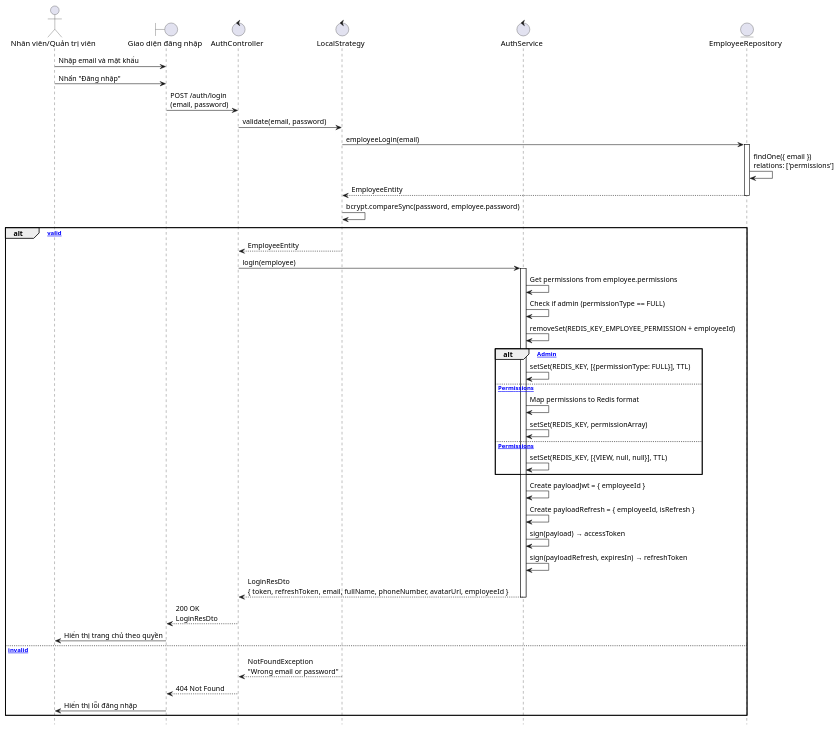
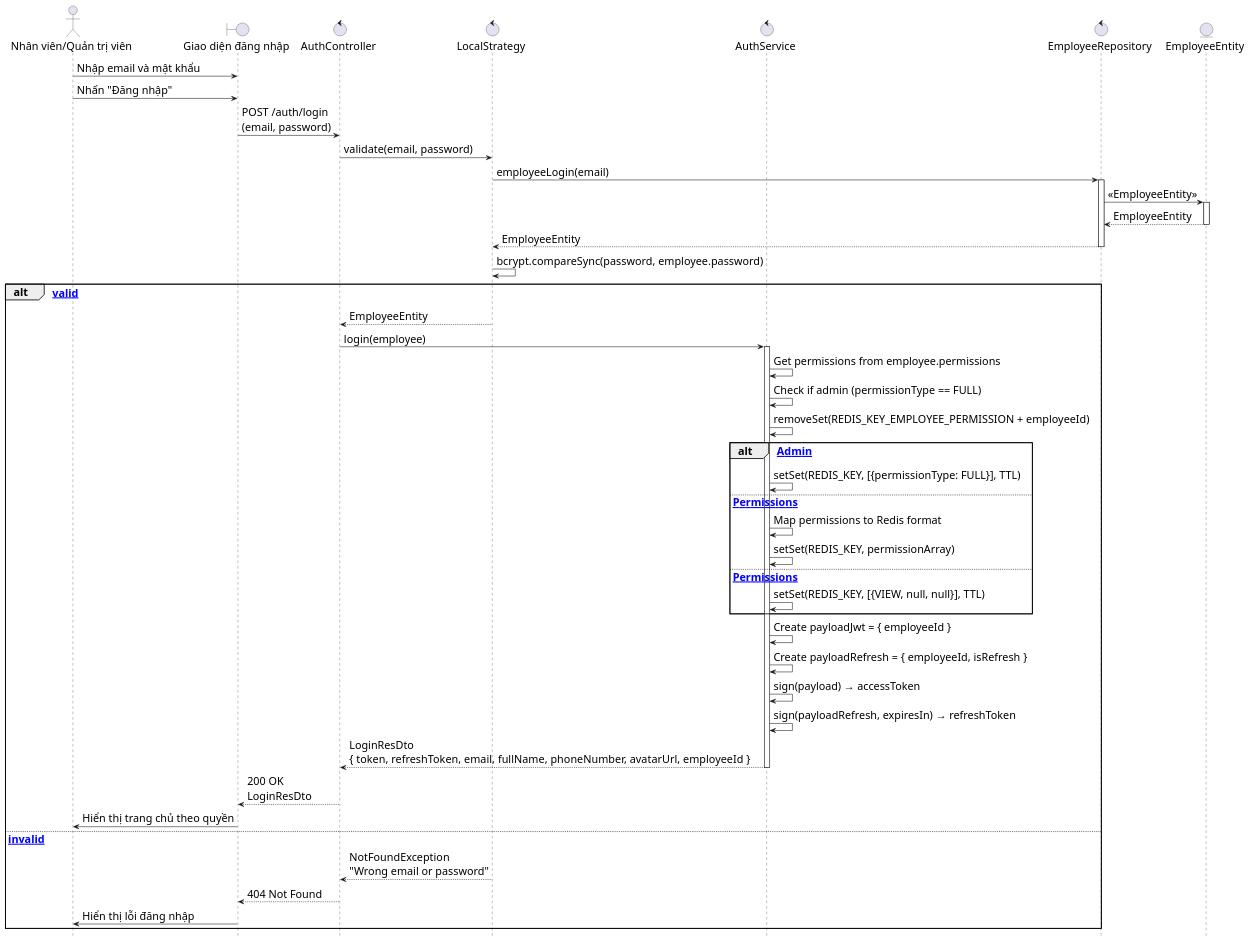
The diagram in sequence/UC-01/UC-01-simple-sequence.wsd (felix-253/TechLeet-server), drawn with PlantUML before and after one commit. The commit also changed 33 other files, not shown here.

```diff
--- a/sequence/UC-01/UC-01-simple-sequence.wsd
+++ b/sequence/UC-01/UC-01-simple-sequence.wsd
@@ -1,62 +1,75 @@
 @startuml UC-01: Đăng nhập hệ thống
 hide footbox
 skinparam ParticipantPadding 10
 skinparam BoxPadding 5
+
+
+
+' --- CẤU HÌNH FONT SIZE 20 ---
+skinparam DefaultFontSize 20
+skinparam ActorFontSize 20
+skinparam ArrowFontSize 20
+skinparam NoteFontSize 28
+' ----------------------------
 
 actor "Nhân viên/Quản trị viên" as User
 boundary "Giao diện đăng nhập" as LoginUI
 control "AuthController" as AuthController
 control "LocalStrategy" as LocalStrategy
 control "AuthService" as AuthService
-entity "EmployeeRepository" as EmployeeRepo
+control "EmployeeRepository" as EmployeeRepo
+entity "EmployeeEntity" as EmployeeEntity
 
 User -> LoginUI: Nhập email và mật khẩu
 User -> LoginUI: Nhấn "Đăng nhập"
 
 LoginUI -> AuthController: POST /auth/login\n(email, password)
 
 AuthController -> LocalStrategy: validate(email, password)
 
 LocalStrategy -> EmployeeRepo: employeeLogin(email)
 activate EmployeeRepo
-EmployeeRepo -> EmployeeRepo: findOne({ email })\nrelations: ['permissions']
+EmployeeRepo -> EmployeeEntity: <<EmployeeEntity>>
+activate EmployeeEntity
+EmployeeEntity --> EmployeeRepo: EmployeeEntity
+deactivate EmployeeEntity
 EmployeeRepo --> LocalStrategy: EmployeeEntity
 deactivate EmployeeRepo
 
 LocalStrategy -> LocalStrategy: bcrypt.compareSync(password, employee.password)
 
 alt [Password valid]
     LocalStrategy --> AuthController: EmployeeEntity
     AuthController -> AuthService: login(employee)
     activate AuthService
     
     AuthService -> AuthService: Get permissions from employee.permissions
     AuthService -> AuthService: Check if admin (permissionType == FULL)
     AuthService -> AuthService: removeSet(REDIS_KEY_EMPLOYEE_PERMISSION + employeeId)
     
     alt [Is Admin]
         AuthService -> AuthService: setSet(REDIS_KEY, [{permissionType: FULL}], TTL)
     else [Has Permissions]
         AuthService -> AuthService: Map permissions to Redis format
         AuthService -> AuthService: setSet(REDIS_KEY, permissionArray)
     else [No Permissions]
         AuthService -> AuthService: setSet(REDIS_KEY, [{VIEW, null, null}], TTL)
     end
     
     AuthService -> AuthService: Create payloadJwt = { employeeId }
     AuthService -> AuthService: Create payloadRefresh = { employeeId, isRefresh }
     AuthService -> AuthService: sign(payload) → accessToken
     AuthService -> AuthService: sign(payloadRefresh, expiresIn) → refreshToken
     
     AuthService --> AuthController: LoginResDto\n{ token, refreshToken, email, fullName, phoneNumber, avatarUrl, employeeId }
     deactivate AuthService
     
     AuthController --> LoginUI: 200 OK\nLoginResDto
     LoginUI -> User: Hiển thị trang chủ theo quyền
 else [Password invalid]
     LocalStrategy --> AuthController: NotFoundException\n"Wrong email or password"
     AuthController --> LoginUI: 404 Not Found
     LoginUI -> User: Hiển thị lỗi đăng nhập
 end
 
 @enduml
```
